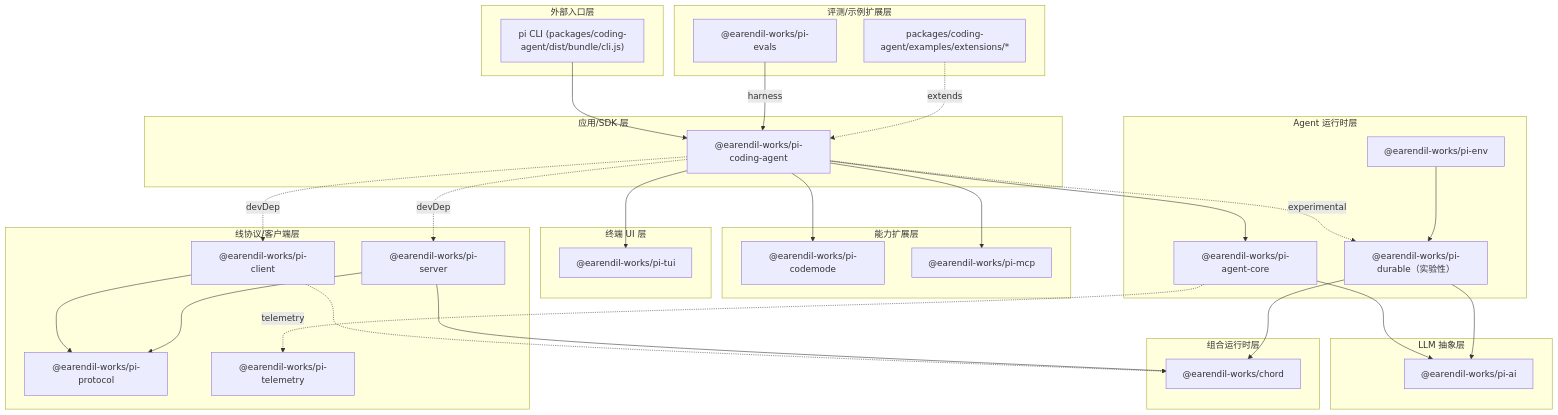
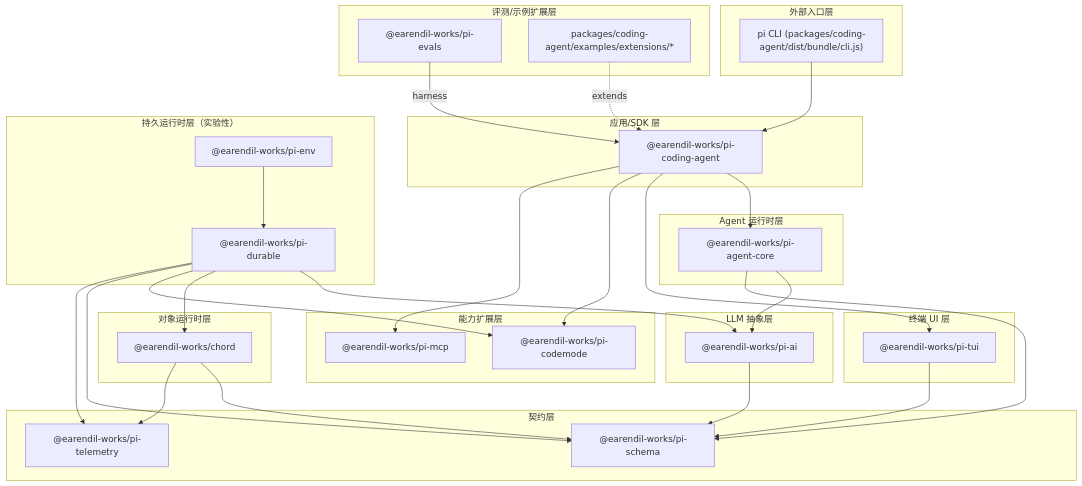
One commit to jefby/pi changed the second of 6 diagrams in docs/architecture.md. Above: the diagram before and after it, drawn with Mermaid. The commit also changed other lines of this file and 1 other file, not shown here.

First line of the commit message:
docs: align architecture and QNX analysis with upstream v1.5.0 (e88525506)

````diff
--- a/docs/architecture.md
+++ b/docs/architecture.md
@@ -93,64 +97,66 @@
 ```mermaid
 flowchart TB
     subgraph Layer7["外部入口层"]
         CodingAgentCli["pi CLI (packages/coding-agent/dist/bundle/cli.js)"]
     end
 
     subgraph Layer6["应用/SDK 层"]
         CodingAgent["@earendil-works/pi-coding-agent"]
     end
 
-    subgraph Layer5b["能力扩展层"]
+    subgraph Layer5c["能力扩展层"]
         Codemode["@earendil-works/pi-codemode"]
         MCP["@earendil-works/pi-mcp"]
     end
 
+    subgraph Layer5b["持久运行时层（实验性）"]
+        Durable["@earendil-works/pi-durable"]
+        Env["@earendil-works/pi-env"]
+    end
+
     subgraph Layer5["Agent 运行时层"]
         AgentCore["@earendil-works/pi-agent-core"]
-        Durable["@earendil-works/pi-durable（实验性）"]
-        Env["@earendil-works/pi-env"]
     end
 
     subgraph Layer4["LLM 抽象层"]
         AI["@earendil-works/pi-ai"]
     end
 
-    subgraph Layer3b["组合运行时层"]
+    subgraph Layer3b["对象运行时层"]
         Chord["@earendil-works/chord"]
     end
 
     subgraph Layer3["终端 UI 层"]
         TUI["@earendil-works/pi-tui"]
     end
 
-    subgraph Layer2["线协议/客户端层"]
-        Protocol["@earendil-works/pi-protocol"]
-        Client["@earendil-works/pi-client"]
-        Server["@earendil-works/pi-server"]
+    subgraph Layer2["契约层"]
+        Schema["@earendil-works/pi-schema"]
         Telemetry["@earendil-works/pi-telemetry"]
     end
 
     subgraph Layer0["评测/示例扩展层"]
         Evals["@earendil-works/pi-evals"]
         Examples["packages/coding-agent/examples/extensions/*"]
     end
 
     CodingAgentCli --> CodingAgent
     CodingAgent --> AgentCore
     CodingAgent --> TUI
     CodingAgent --> Codemode
     CodingAgent --> MCP
-    CodingAgent -.->|experimental| Durable
     AgentCore --> AI
+    AgentCore --> Schema
+    AI --> Schema
     Durable --> AI
     Durable --> Chord
+    Durable --> Codemode
+    Durable --> Schema
     Env --> Durable
-    Client --> Protocol
-    Client -.-> Chord
-    Server --> Protocol
-    Server --> Chord
-    CodingAgent -.->|devDep| Client & Server
-    AgentCore -.->|telemetry| Telemetry
+    Chord --> Schema
+    Chord --> Telemetry
+    Durable --> Telemetry
+    TUI --> Schema
     Evals -->|harness| CodingAgent
     Examples -.->|extends| CodingAgent
 ```
````
